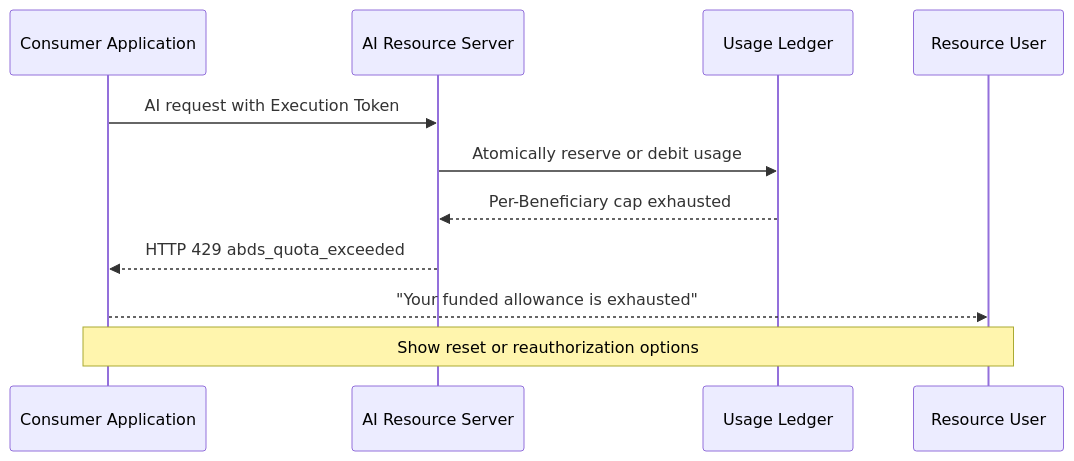
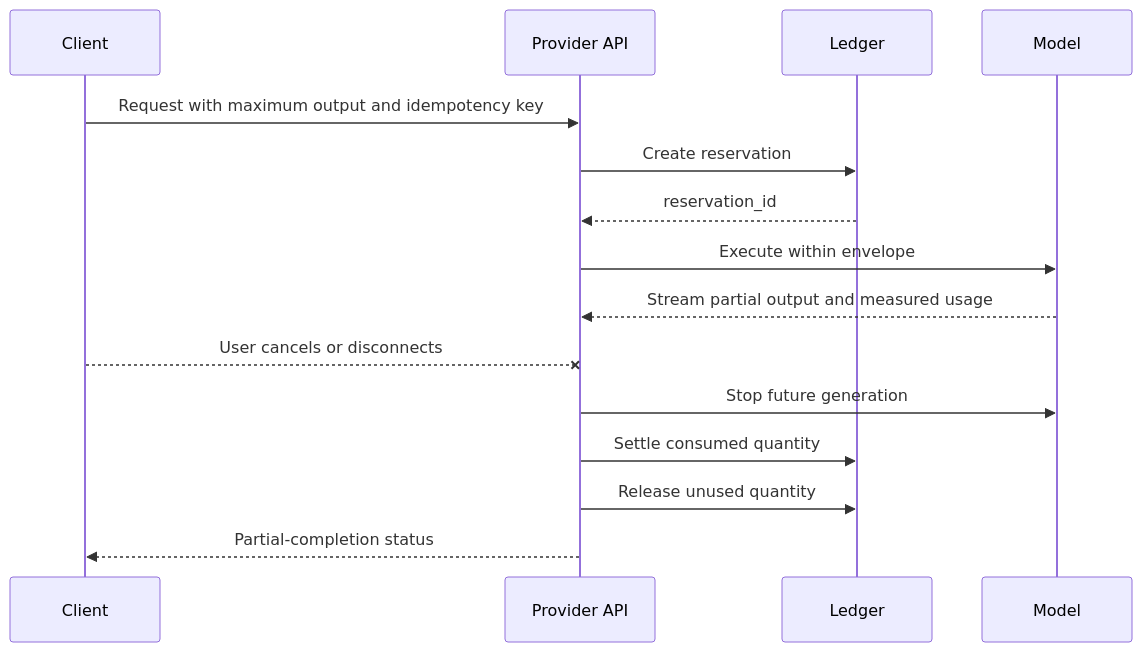
The eighth of 11 diagrams in FLOWS.md (MJohnstonAI/ai-billing-delegation), drawn with Mermaid before and after one commit. The commit also changed other lines of this file, not shown here.

Commit message:
docs: replace legacy diagrams with ABDS v0.5 flows

````diff
--- a/FLOWS.md
+++ b/FLOWS.md
@@ -67,14 +153,18 @@
 ```mermaid
 sequenceDiagram
-    participant A as Consumer Application
-    participant API as AI Resource Server
-    participant L as Usage Ledger
-    participant U as Resource User
+    participant A as Client
+    participant API as Provider API
+    participant L as Ledger
+    participant M as Model
 
-    A->>API: AI request with Execution Token
-    API->>L: Atomically reserve or debit usage
-    L-->>API: Per-Beneficiary cap exhausted
-    API-->>A: HTTP 429 abds_quota_exceeded
-    A-->>U: "Your funded allowance is exhausted"
-    Note over A,U: Show reset or reauthorization options
+    A->>API: Request with maximum output and idempotency key
+    API->>L: Create reservation
+    L-->>API: reservation_id
+    API->>M: Execute within envelope
+    M-->>API: Stream partial output and measured usage
+    A--xAPI: User cancels or disconnects
+    API->>M: Stop future generation
+    API->>L: Settle consumed quantity
+    API->>L: Release unused quantity
+    API-->>A: Partial-completion status
 ```
````
